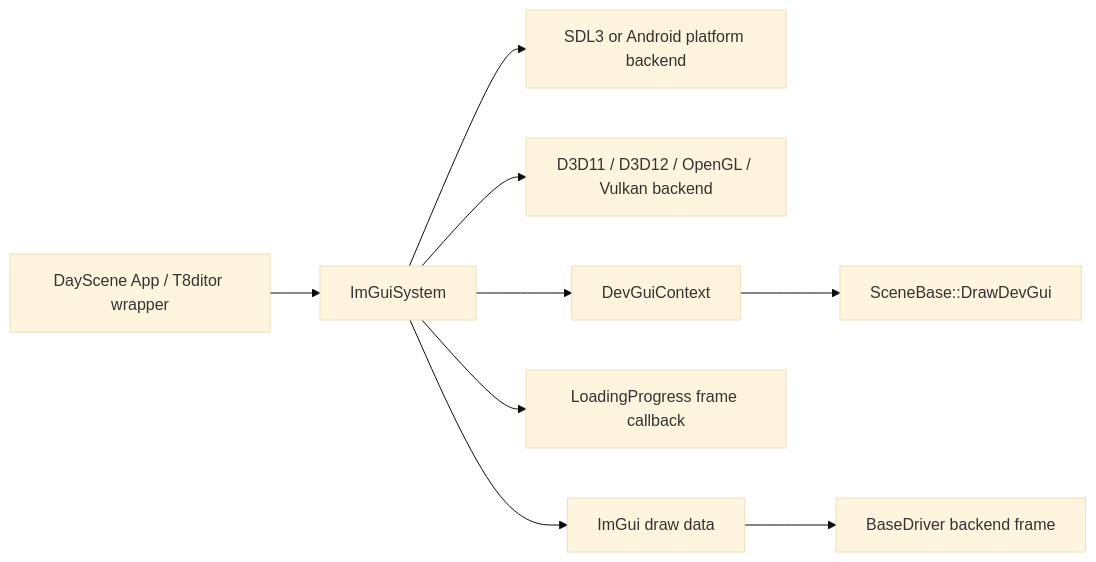
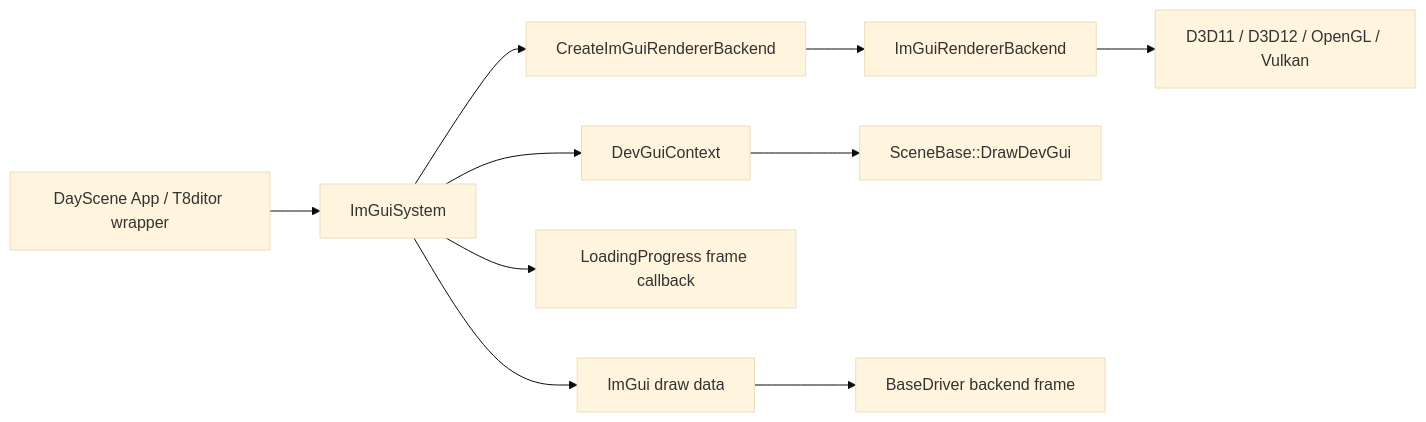
The first of 3 diagrams in documentation/editor/imgui-system.md (0Camus0/T850), drawn with Mermaid (base theme) before and after one commit. The commit also changed other lines of this file and 15 other files, not shown here.

````diff
--- a/documentation/editor/imgui-system.md
+++ b/documentation/editor/imgui-system.md
@@ -31,11 +31,12 @@
 ```mermaid
 flowchart LR
   App["DayScene App / T8ditor wrapper"] --> ImGuiSystem["ImGuiSystem"]
-  ImGuiSystem --> Platform["SDL3 or Android platform backend"]
-  ImGuiSystem --> Renderer["D3D11 / D3D12 / OpenGL / Vulkan backend"]
+  ImGuiSystem --> Factory["CreateImGuiRendererBackend"]
+  Factory --> Renderer["ImGuiRendererBackend"]
+  Renderer --> APIs["D3D11 / D3D12 / OpenGL / Vulkan"]
   ImGuiSystem --> DevGui["DevGuiContext"]
   DevGui --> SceneGui["SceneBase::DrawDevGui"]
   ImGuiSystem --> Loading["LoadingProgress frame callback"]
   ImGuiSystem --> DrawData["ImGui draw data"]
   DrawData --> Driver["BaseDriver backend frame"]
 ```
````
